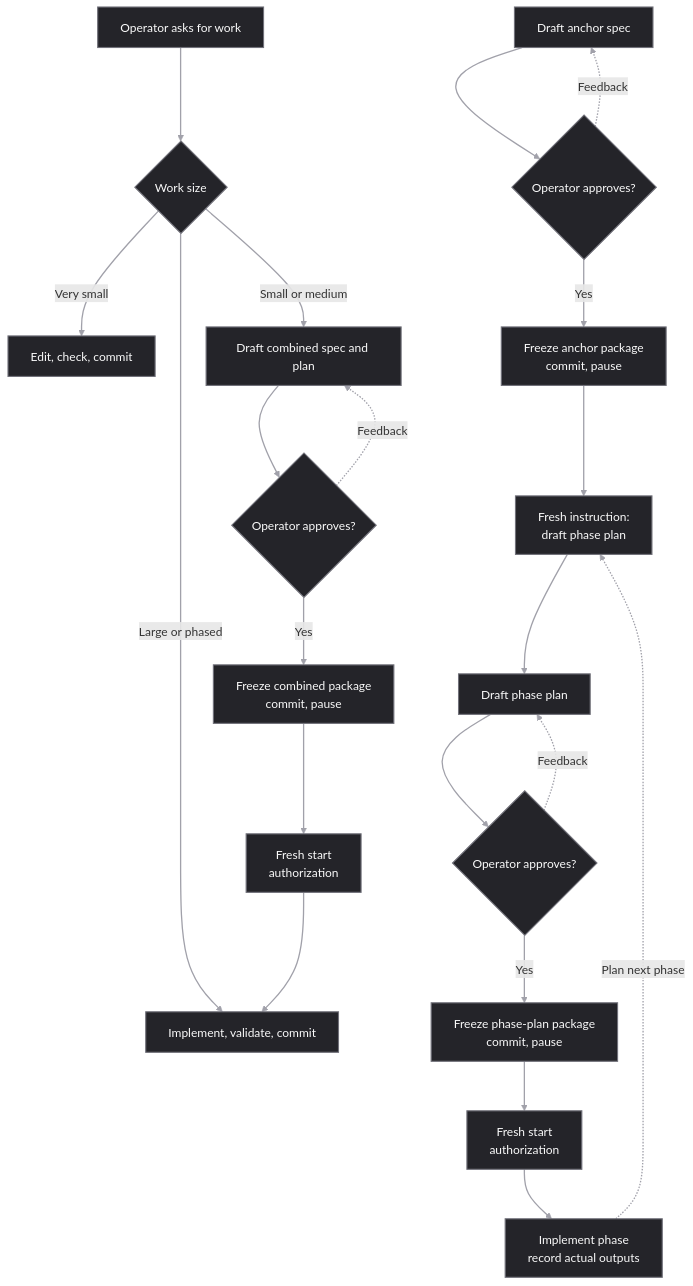
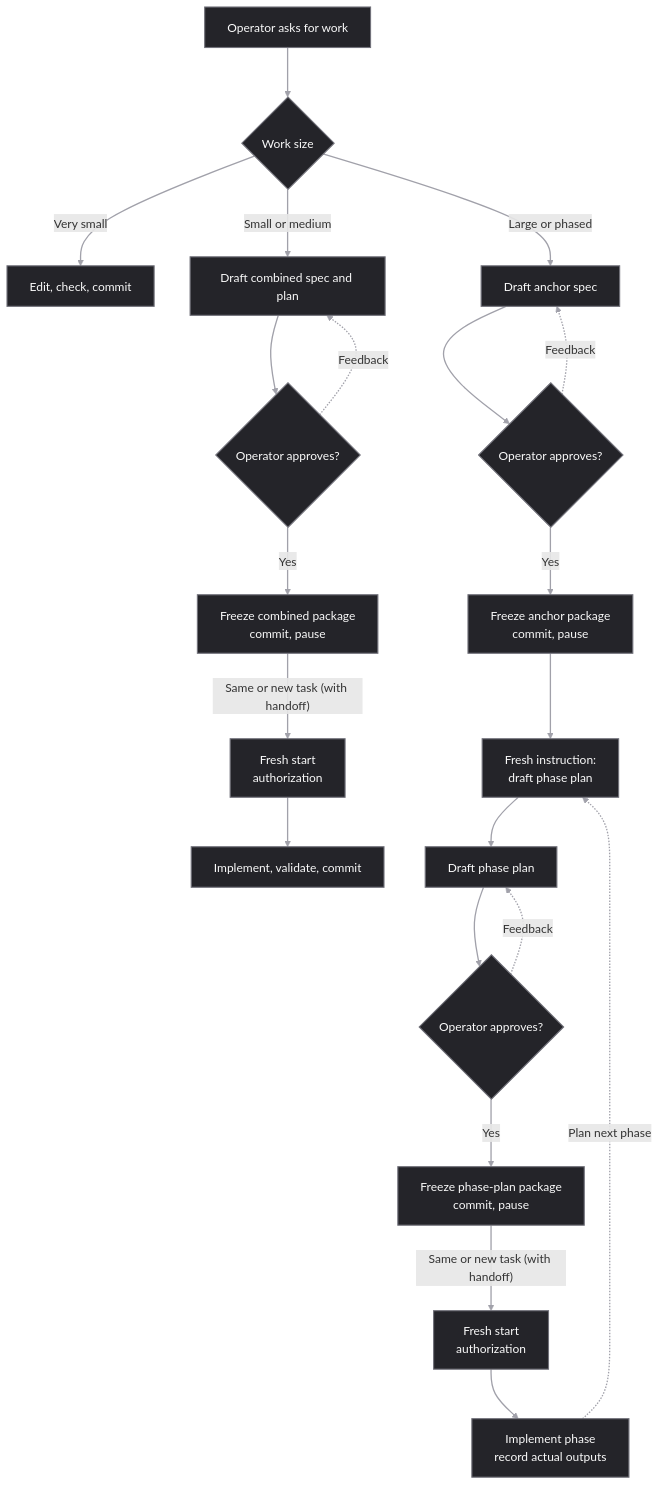
The diagram in README.md (itxyzzz/dev-doc-harness), drawn with Mermaid before and after one commit. The commit also changed 2 other files, not shown here.

Commit message:
docs: lifecycle-doc-clarity -- repair lifecycle diagram flow

````diff
--- a/README.md
+++ b/README.md
@@ -31,36 +31,36 @@
 ```mermaid
 %%{init: {
   "flowchart": {
     "curve": "basis",
     "nodeSpacing": 48,
     "rankSpacing": 66
   }
 }}%%
 
 flowchart TD
     A["Operator asks for work"]:::house --> B{"Work size"}:::house
     B -->|"Very small"| C["Edit, check, commit"]:::house
     B -->|"Small or medium"| D["Draft combined spec and plan"]:::house
     B -->|"Large or phased"| H["Draft anchor spec"]:::house
 
     D --> E{"Operator approves?"}:::house
     E -.->|"Feedback"| D
     E -->|"Yes"| F["Freeze combined package<br/>commit, pause"]:::house
-    F --> G["Fresh start<br/>authorization"]:::house
-    G --> H["Implement, validate, commit"]:::house
+    F -->|"Same or new task (with handoff)"| G["Fresh start<br/>authorization"]:::house
+    G --> S["Implement, validate, commit"]:::house
 
-    I["Draft anchor spec"]:::house --> J{"Operator approves?"}:::house
-    J -.->|"Feedback"| I
-    J -->|"Yes"| K["Freeze anchor package<br/>commit, pause"]:::house
-    K --> L["Fresh instruction:<br/>draft phase plan"]:::house
-    L --> M["Draft phase plan"]:::house
-    M --> N{"Operator approves?"}:::house
-    N -.->|"Feedback"| M
-    N -->|"Yes"| O["Freeze phase-plan package<br/>commit, pause"]:::house
-    O --> P["Fresh start<br/>authorization"]:::house
-    P --> Q["Implement phase<br/>record actual outputs"]:::house
-    Q -.->|"Plan next phase"| L
+    H --> I{"Operator approves?"}:::house
+    I -.->|"Feedback"| H
+    I -->|"Yes"| J["Freeze anchor package<br/>commit, pause"]:::house
+    J --> K["Fresh instruction:<br/>draft phase plan"]:::house
+    K --> L["Draft phase plan"]:::house
+    L --> M{"Operator approves?"}:::house
+    M -.->|"Feedback"| L
+    M -->|"Yes"| N["Freeze phase-plan package<br/>commit, pause"]:::house
+    N -->|"Same or new task (with handoff)"| O["Fresh start<br/>authorization"]:::house
+    O --> P["Implement phase<br/>record actual outputs"]:::house
+    P -.->|"Plan next phase"| K
 
     classDef house fill:#242429,stroke:#71717a,stroke-width:1.5px,color:#fafafa
     linkStyle default stroke:#a1a1aa,stroke-width:1.75px
 ```
````
